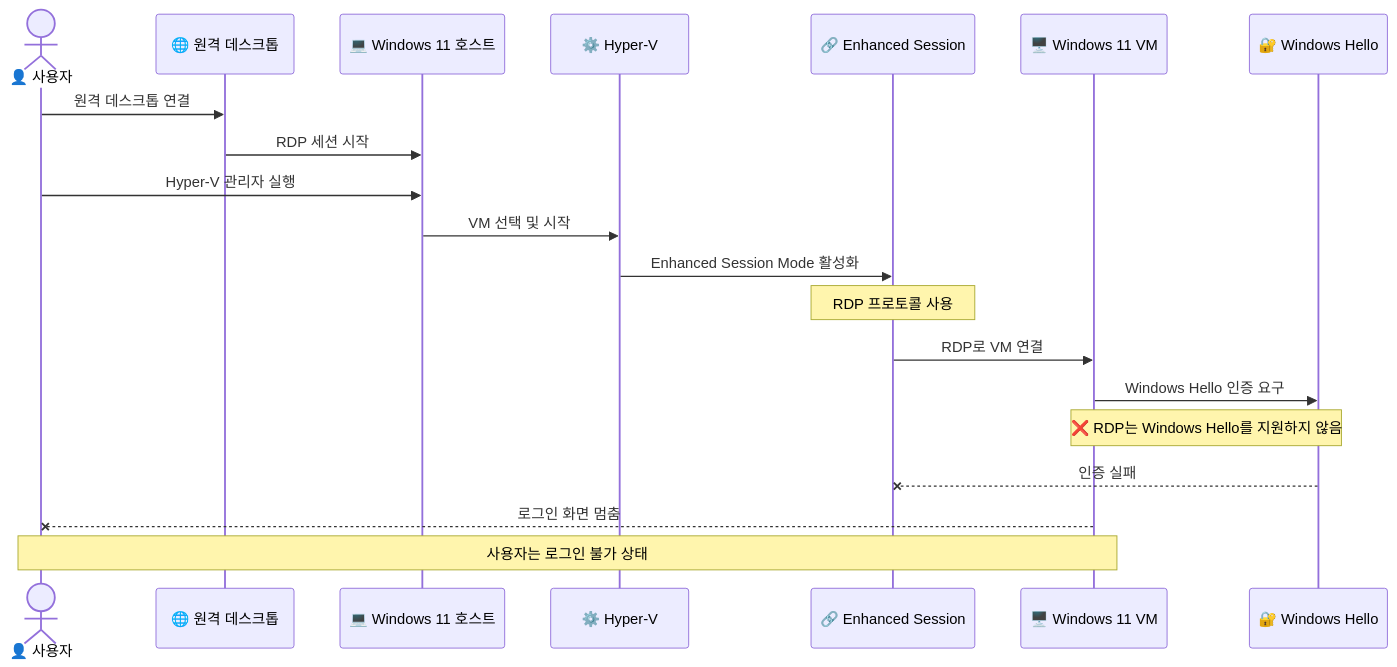
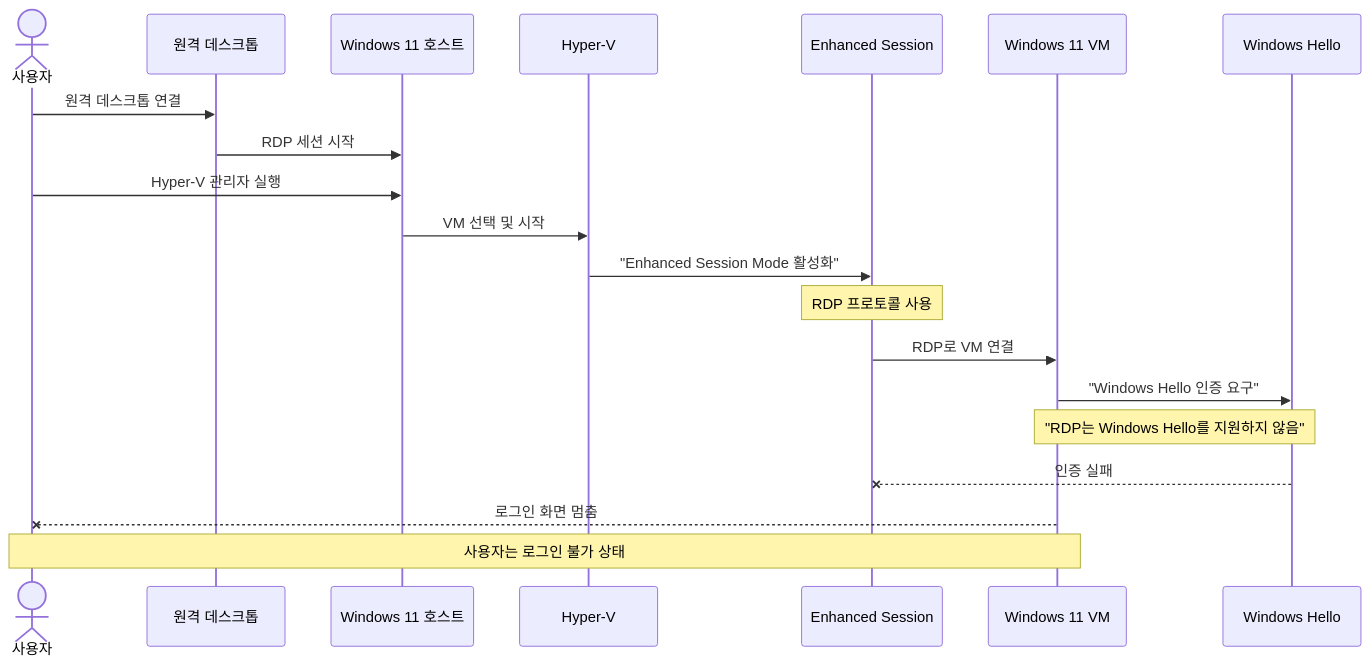
One commit to 42jerrykim/42jerrykim.github.io changed the second of 2 diagrams in content/post/2025/2025-10-13-hyperv-enhanced-session-windows-hello-fix/index.md. Above: the diagram before and after it, drawn with Mermaid. The commit also changed other lines of this file and 239 other files, not shown here.

````diff
--- a/content/post/2025/2025-10-13-hyperv-enhanced-session-windows-hello-fix/index.md
+++ b/content/post/2025/2025-10-13-hyperv-enhanced-session-windows-hello-fix/index.md
@@ -99,26 +147,25 @@
 ```mermaid
 sequenceDiagram
-    actor User as 👤 사용자
-    participant RDP as 🌐 원격 데스크톱
-    participant Host as 💻 Windows 11 호스트
-    participant HyperV as ⚙️ Hyper-V
-    participant ESM as 🔗 Enhanced Session
-    participant VM as 🖥️ Windows 11 VM
-    participant WHello as 🔐 Windows Hello
+    actor User as 사용자
+    participant RDP as 원격 데스크톱
+    participant Host as Windows 11 호스트
+    participant HyperV as Hyper-V
+    participant ESM as Enhanced Session
+    participant VM as Windows 11 VM
+    participant WHello as Windows Hello
     
     User->>RDP: 원격 데스크톱 연결
     RDP->>Host: RDP 세션 시작
     User->>Host: Hyper-V 관리자 실행
     Host->>HyperV: VM 선택 및 시작
-    HyperV->>ESM: Enhanced Session Mode 활성화
+    HyperV->>ESM: "Enhanced Session Mode 활성화"
     Note over ESM: RDP 프로토콜 사용
     ESM->>VM: RDP로 VM 연결
-    VM->>WHello: Windows Hello 인증 요구
+    VM->>WHello: "Windows Hello 인증 요구"
     
-    Note over WHello,VM: ❌ RDP는 Windows Hello를 지원하지 않음
+    Note over WHello,VM: "RDP는 Windows Hello를 지원하지 않음"
     WHello--xESM: 인증 실패
     VM--xUser: 로그인 화면 멈춤
     
-    
     Note over User,VM: 사용자는 로그인 불가 상태
 ```
````
